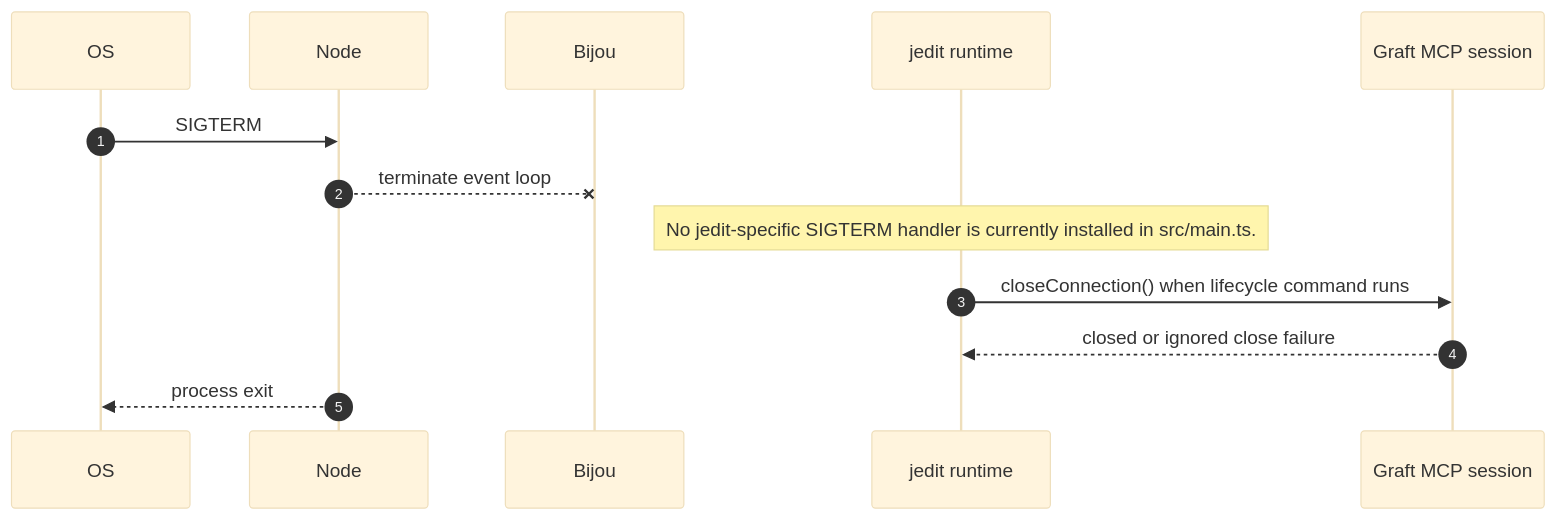
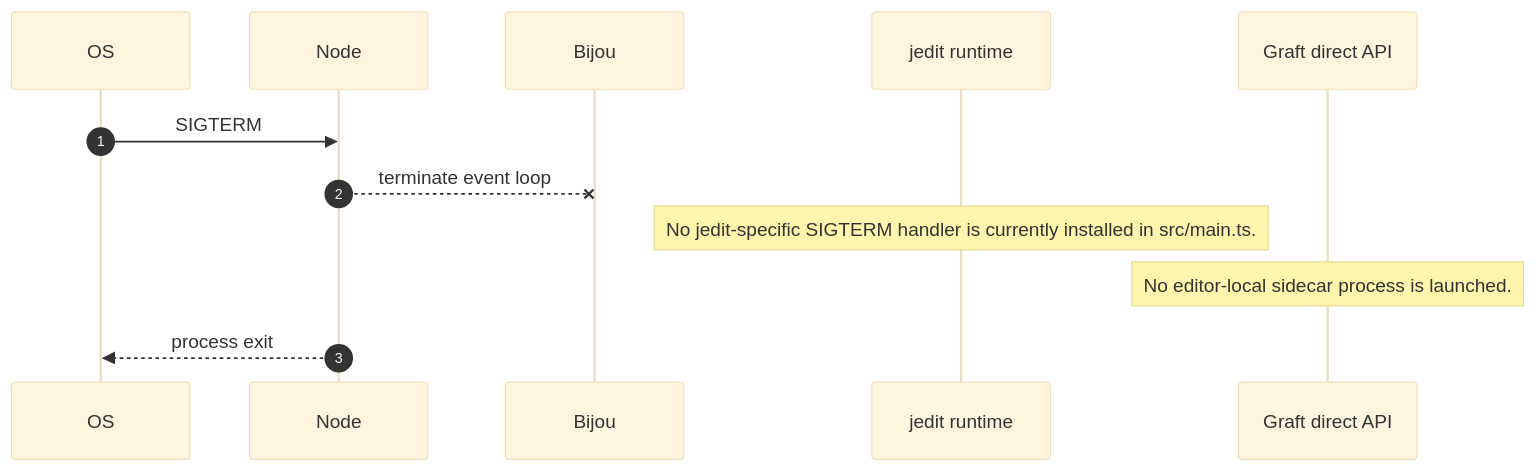
Before and after one commit to flyingrobots/jedit: diagram 14 of 15 in docs/jedit-echo-end-to-end.md, drawn with Mermaid (base theme). The commit also changed other lines of this file and 51 other files, not shown here.

````diff
--- a/docs/jedit-echo-end-to-end.md
+++ b/docs/jedit-echo-end-to-end.md
@@ -1035,16 +1035,15 @@
 ```mermaid
 sequenceDiagram
   autonumber
   participant OS
   participant Node
   participant Bijou
   participant Jedit as jedit runtime
-  participant Graft as Graft MCP session
+  participant Graft as Graft direct API
 
   OS->>Node: SIGTERM
   Node--xBijou: terminate event loop
   Note over Jedit: No jedit-specific SIGTERM handler is currently installed in src/main.ts.
-  Jedit->>Graft: closeConnection() when lifecycle command runs
-  Graft-->>Jedit: closed or ignored close failure
+  Note over Graft: No editor-local sidecar process is launched.
   Node-->>OS: process exit
 ```
````
